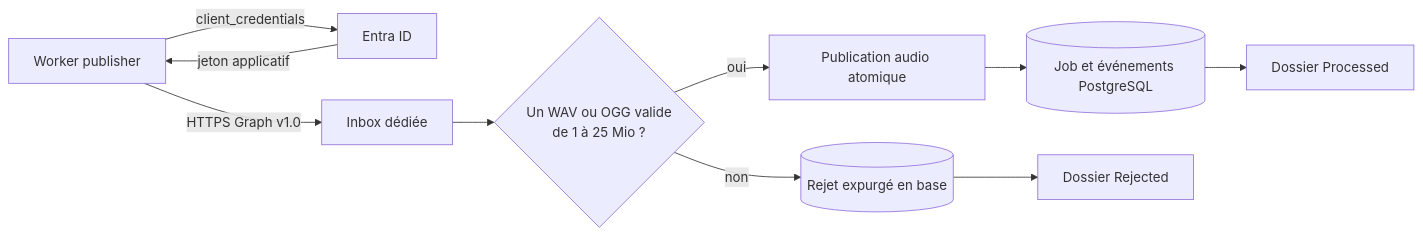
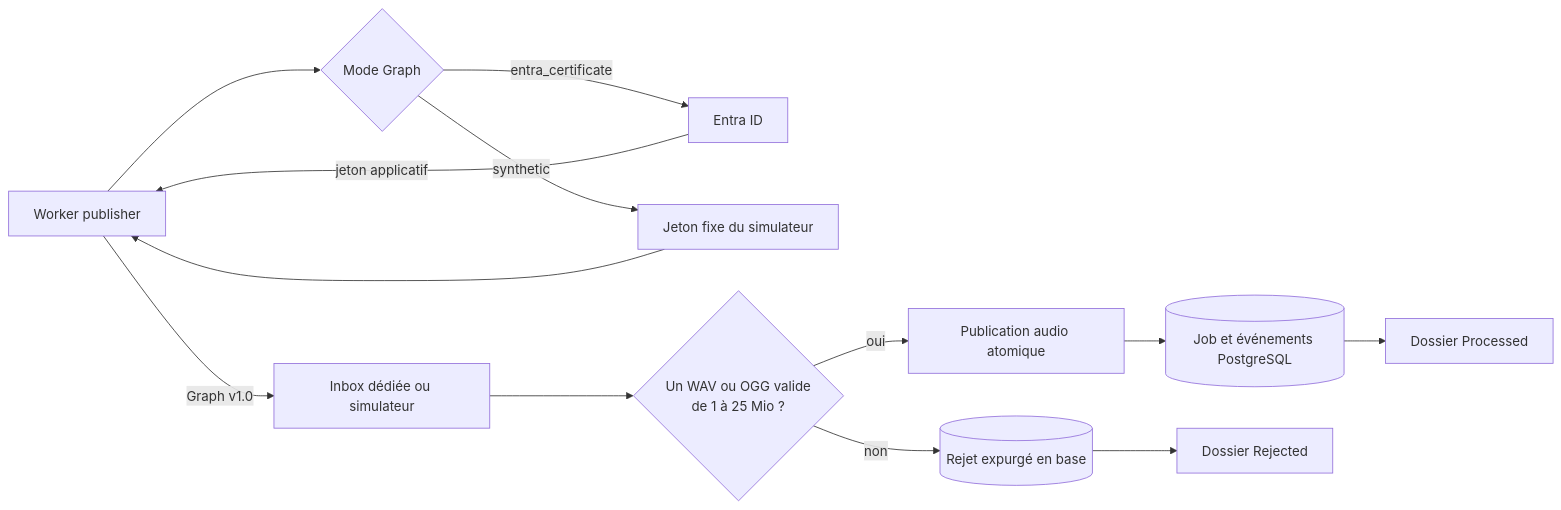
One commit to dev-vauclaire/mevo2glpi changed the diagram in apps/worker-publisher/README.md. Above: the diagram before and after it, drawn with Mermaid. The commit also changed other lines of this file and 67 other files, not shown here.

````diff
--- a/apps/worker-publisher/README.md
+++ b/apps/worker-publisher/README.md
@@ -14,12 +14,15 @@
 ```mermaid
 flowchart LR
-    P[Worker publisher] -->|client_credentials| E[Entra ID]
+    P[Worker publisher] --> Auth{Mode Graph}
+    Auth -->|entra_certificate| E[Entra ID]
     E -->|jeton applicatif| P
-    P -->|HTTPS Graph v1.0| I[Inbox dédiée]
+    Auth -->|synthetic| S[Jeton fixe du simulateur]
+    S --> P
+    P -->|Graph v1.0| I[Inbox dédiée ou simulateur]
     I --> V{Un WAV ou OGG valide<br/>de 1 à 25 Mio ?}
     V -->|oui| A[Publication audio atomique]
     A --> D[(Job et événements PostgreSQL)]
     D --> OK[Dossier Processed]
     V -->|non| R[(Rejet expurgé en base)]
     R --> KO[Dossier Rejected]
 ```
````
